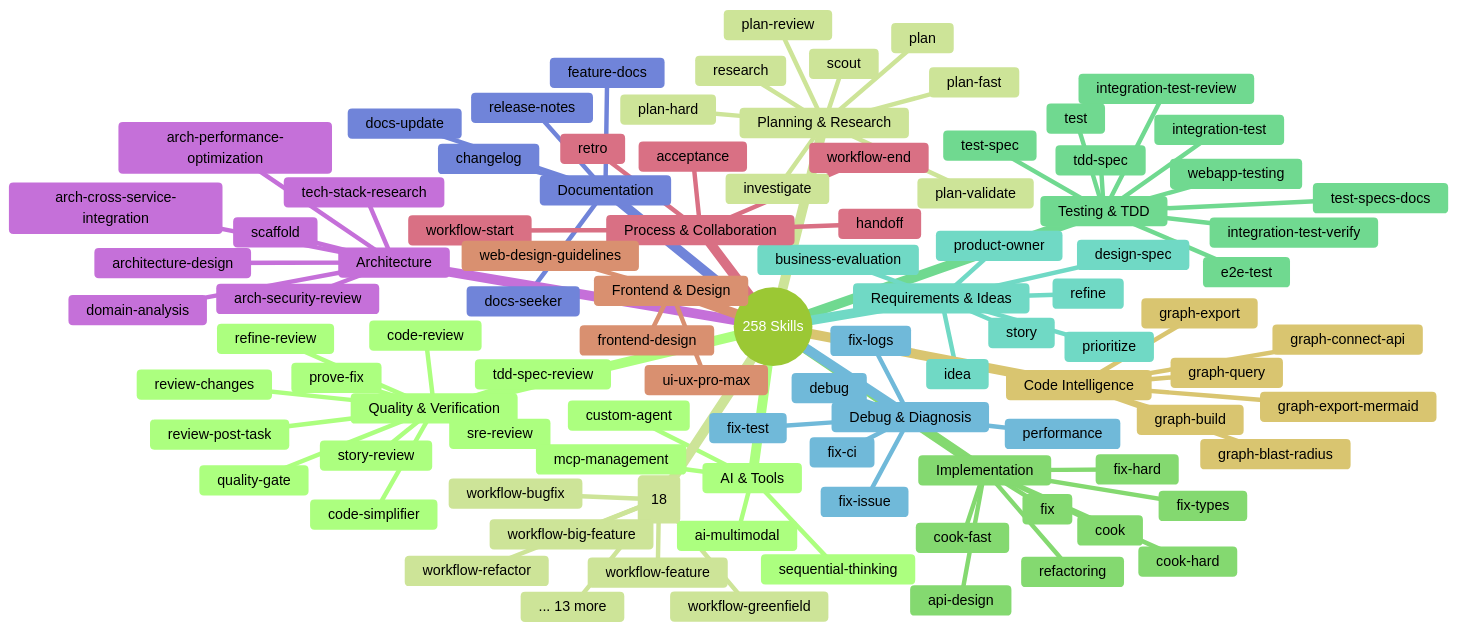
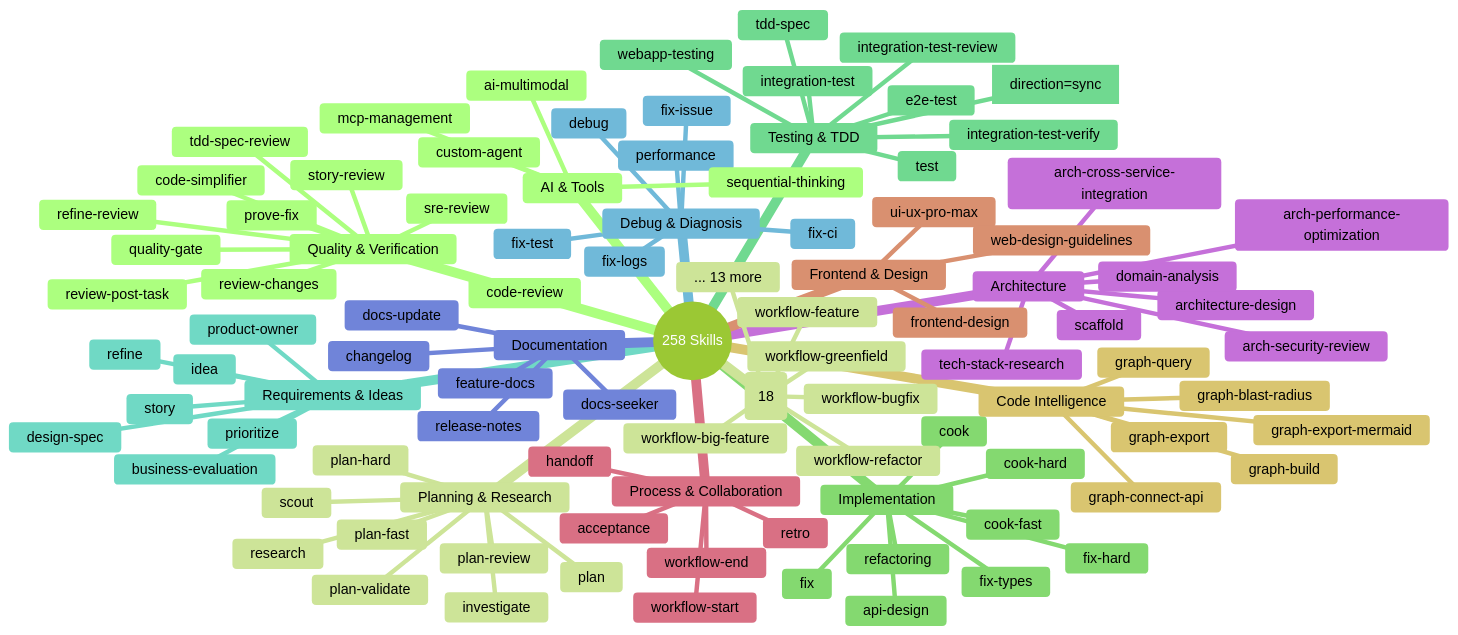
Before and after one commit to duc01226/easy-claude: the fifth of 20 diagrams in .claude/docs/claude-ai-agent-framework-guide.md, drawn with Mermaid (forest theme). The commit also changed other lines of this file and 394 other files, not shown here.

```diff
--- a/.claude/docs/claude-ai-agent-framework-guide.md
+++ b/.claude/docs/claude-ai-agent-framework-guide.md
@@ -480,12 +497,11 @@
       api-design
     Testing & TDD
       tdd-spec
-      test-spec
       integration-test
       integration-test-review
       integration-test-verify
       e2e-test
-      test-specs-docs
+      tdd-spec [direction=sync]
       test
       webapp-testing
     Requirements & Ideas
```
